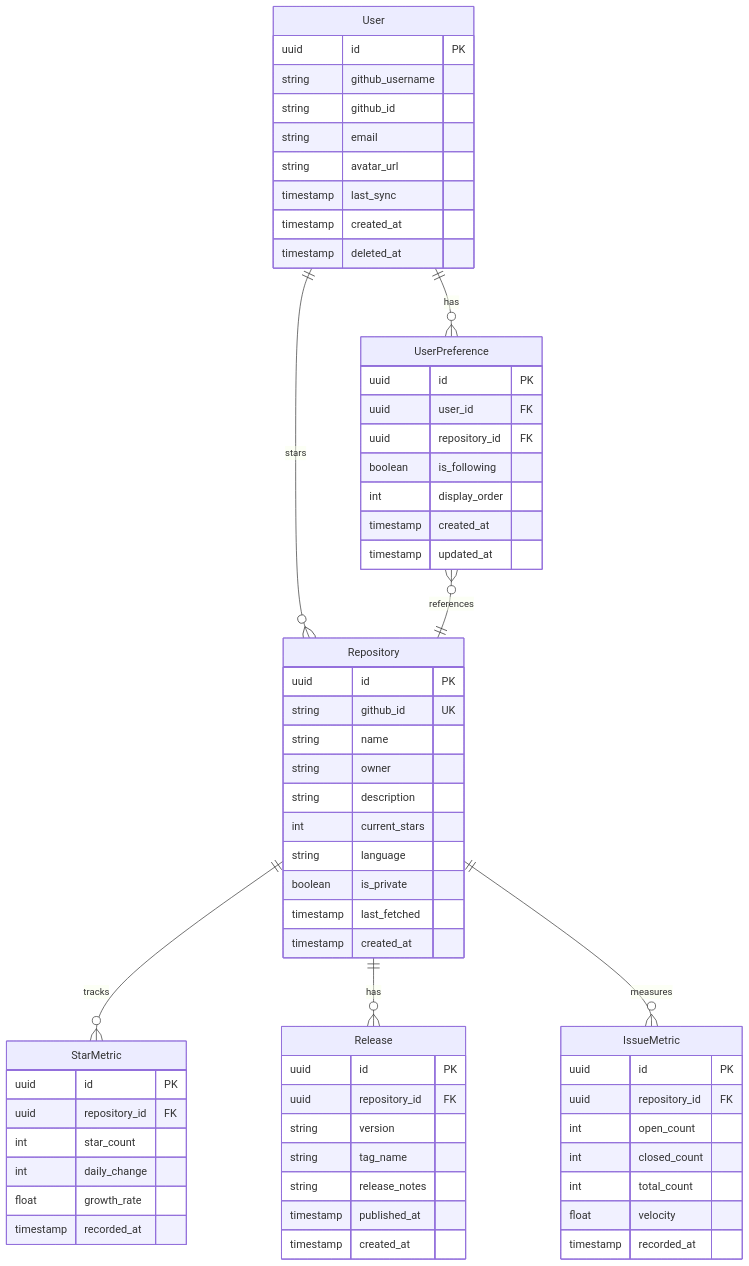
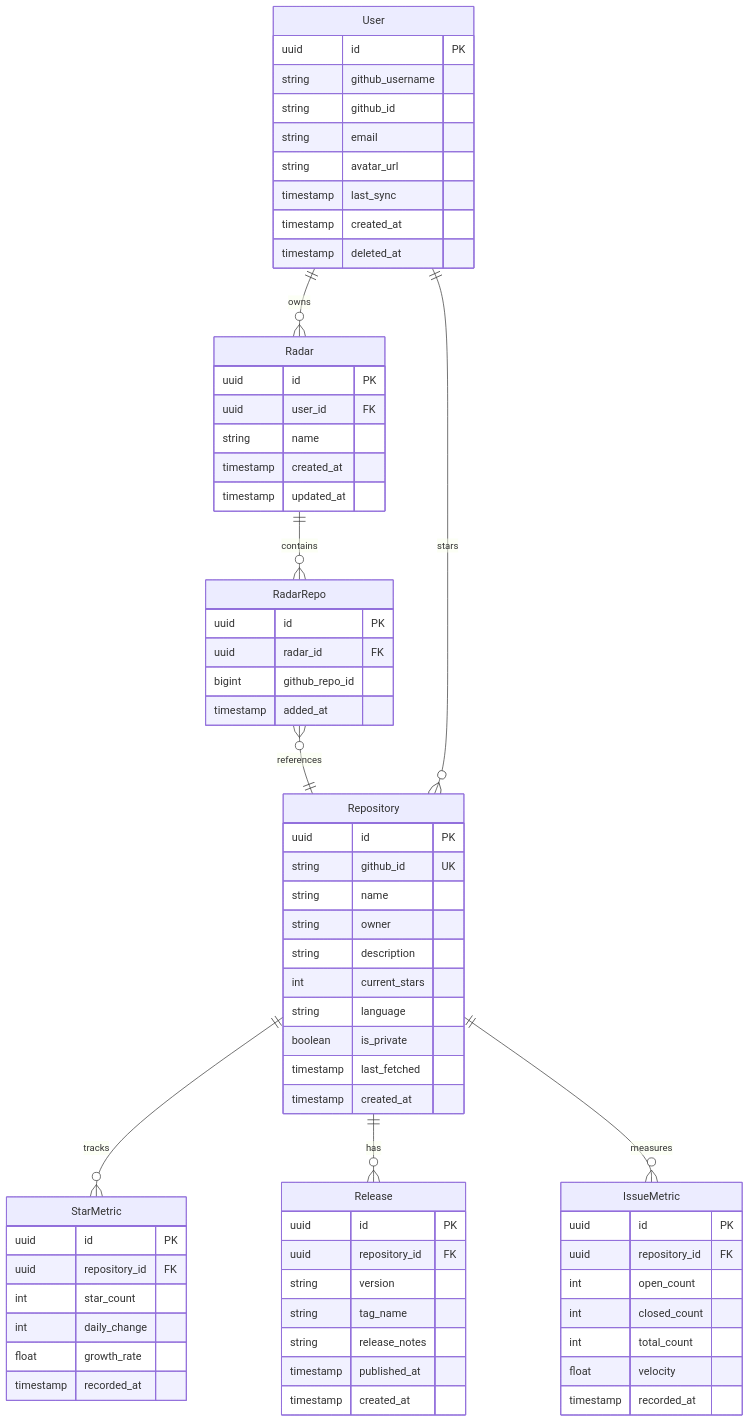
Before and after one commit to cen10/repo-radar: the diagram in specs/001-develop-a-personalized/data-model.md, drawn with Mermaid. The commit also changed other lines of this file and 4 other files, not shown here.

````diff
--- a/specs/001-develop-a-personalized/data-model.md
+++ b/specs/001-develop-a-personalized/data-model.md
@@ -12,72 +12,78 @@
 ```mermaid
 erDiagram
-    User ||--o{ UserPreference : has
+    User ||--o{ Radar : owns
+    Radar ||--o{ RadarRepo : contains
+    RadarRepo }o--|| Repository : references
     User ||--o{ Repository : stars
     Repository ||--o{ StarMetric : tracks
     Repository ||--o{ Release : has
     Repository ||--o{ IssueMetric : measures
-    UserPreference }o--|| Repository : references
 
     User {
         uuid id PK
         string github_username
         string github_id
         string email
         string avatar_url
         timestamp last_sync
         timestamp created_at
         timestamp deleted_at
+    }
+
+    Radar {
+        uuid id PK
+        uuid user_id FK
+        string name
+        timestamp created_at
+        timestamp updated_at
+    }
+
+    RadarRepo {
+        uuid id PK
+        uuid radar_id FK
+        bigint github_repo_id
+        timestamp added_at
     }
 
     Repository {
         uuid id PK
         string github_id UK
         string name
         string owner
         string description
         int current_stars
         string language
         boolean is_private
         timestamp last_fetched
         timestamp created_at
     }
 
     StarMetric {
         uuid id PK
         uuid repository_id FK
         int star_count
         int daily_change
         float growth_rate
         timestamp recorded_at
     }
 
     Release {
         uuid id PK
         uuid repository_id FK
         string version
         string tag_name
         string release_notes
         timestamp published_at
         timestamp created_at
     }
 
     IssueMetric {
         uuid id PK
         uuid repository_id FK
         int open_count
         int closed_count
         int total_count
         float velocity
         timestamp recorded_at
     }
-
-    UserPreference {
-        uuid id PK
-        uuid user_id FK
-        uuid repository_id FK
-        boolean is_following
-        int display_order
-        timestamp created_at
-        timestamp updated_at
-    }
 ```
````
